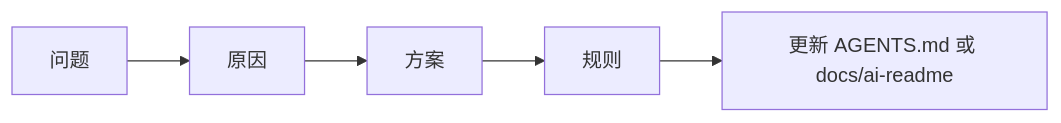
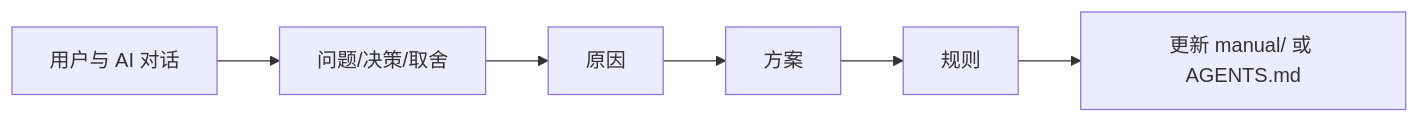
One commit to yangzhb-cn/aster changed the diagram in docs/ai-readme/manual/lessons-learned.md. Above: the diagram before and after it, drawn with Mermaid. The commit also changed other lines of this file and 61 other files, not shown here.

````diff
--- a/docs/ai-readme/manual/lessons-learned.md
+++ b/docs/ai-readme/manual/lessons-learned.md
@@ -19,7 +53,8 @@
 ```mermaid
 flowchart LR
-    Problem["问题"] --> Cause["原因"]
+    Chat["用户与 AI 对话"] --> Problem["问题/决策/取舍"]
+    Problem --> Cause["原因"]
     Cause --> Fix["方案"]
     Fix --> Rule["规则"]
-    Rule --> Docs["更新 AGENTS.md 或 docs/ai-readme"]
+    Rule --> Docs["更新 manual/ 或 AGENTS.md"]
 ```
````
